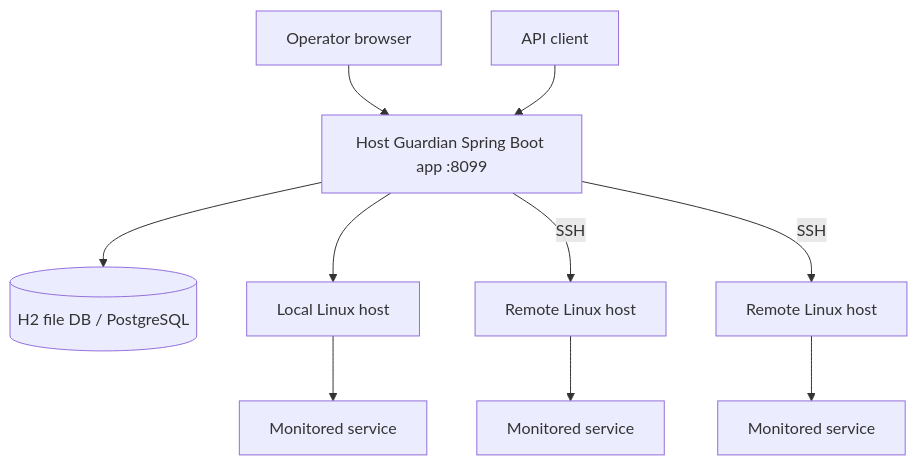
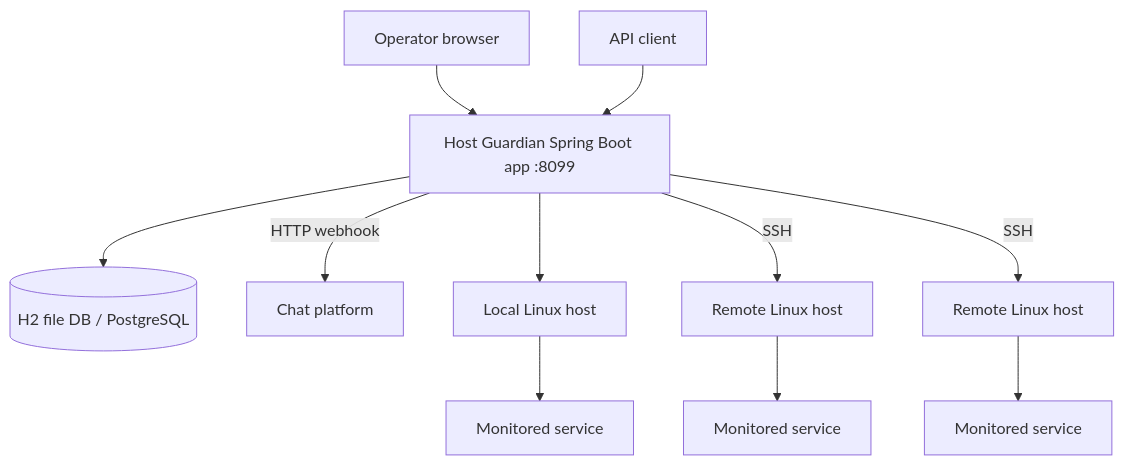
Before and after one commit to Keos99/host-guardian: the fifth of 5 diagrams in ARCHITECTURE_DESCRIPTION_RU.md, drawn with Mermaid. The commit also changed other lines of this file and 9 other files, not shown here.

````diff
--- a/ARCHITECTURE_DESCRIPTION_RU.md
+++ b/ARCHITECTURE_DESCRIPTION_RU.md
@@ -296,12 +376,13 @@
 ```mermaid
 flowchart TB
     User["Operator browser"] --> App["Host Guardian Spring Boot app :8099"]
     ApiUser["API client"] --> App
     App --> Db[("H2 file DB / PostgreSQL")]
+    App -->|HTTP webhook| Chat["Chat platform"]
     App --> Local["Local Linux host"]
     App -->|SSH| Remote1["Remote Linux host"]
     App -->|SSH| Remote2["Remote Linux host"]
     Local --> S1["Monitored service"]
     Remote1 --> S2["Monitored service"]
     Remote2 --> S3["Monitored service"]
 ```
````
